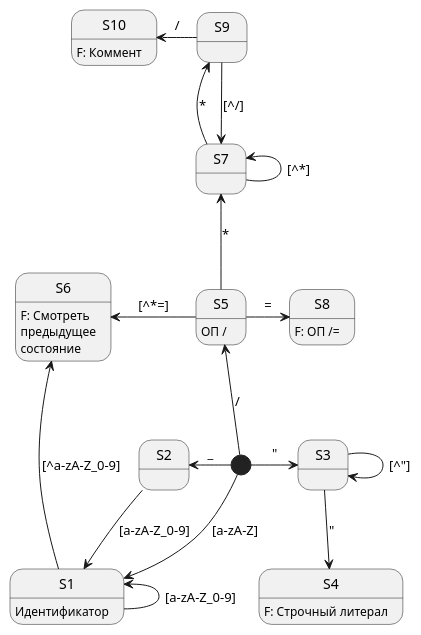
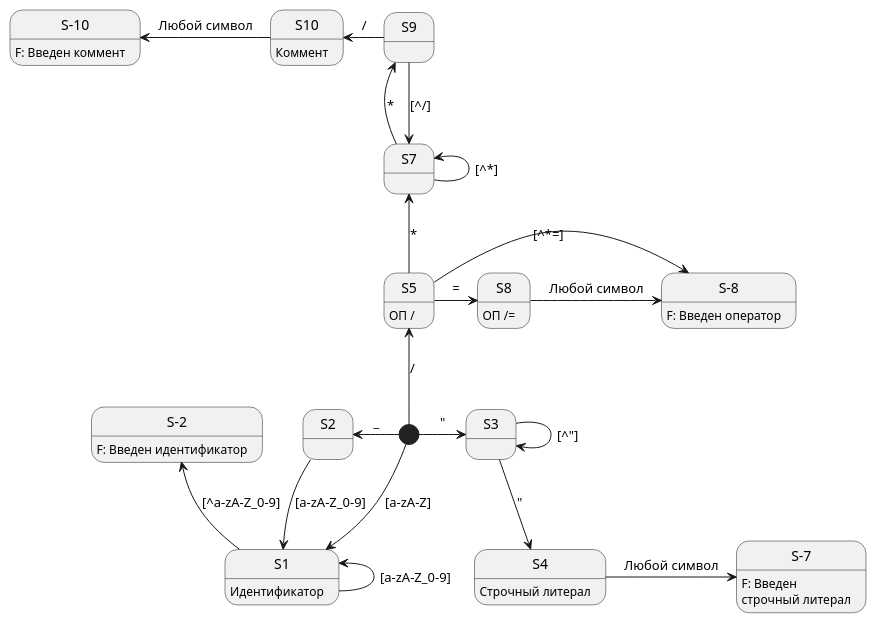
One commit to vladimirlll/CSharpLexicalAnalyzer changed the diagram in Диаграмма состояния для ЛА/sd.puml. Above: the diagram before and after it, drawn with PlantUML. The commit also changed 12 other files, not shown here.

```diff
--- a/Диаграмма состояния для ЛА/sd.puml
+++ b/Диаграмма состояния для ЛА/sd.puml
@@ -1,31 +1,42 @@
 @startuml "sd1"
+
+state "S-2" as Identifier
+state "S-7" as StringLiteral
+state "S-8" as Operator
+state "S-10" as Comment
+Identifier : F: Введен идентификатор
+StringLiteral : F: Введен\nстрочный литерал
+Operator : F: Введен оператор
+Comment : F: Введен коммент
 
 [*] -down-> S1 : [a-zA-Z]
 [*] -left-> S2 : _
 S2 -down-> S1 : [a-zA-Z_0-9]
 S1 -left-> S1 : [a-zA-Z_0-9]
-S1 -left-> S6 : [^a-zA-Z_0-9]
+S1 -up-> Identifier : [^a-zA-Z_0-9]
 S1 : Идентификатор
-S6 : F: Смотреть\nпредыдущее\nсостояние
 
 [*] -right-> S3 : "
 S3 -right-> S3 : [^"]
 S3 -down-> S4 : "
-S4 : F: Строчный литерал
+S4 -right-> StringLiteral : Любой символ
+S4 : Строчный литерал
 
 [*] -up-> S5 : /
 S5 -up-> S7 : *
 S5 : ОП /
-S5 -left-> S6 : [^*=]
+S5 -right-> Operator : [^*=]
 S5 -right-> S8 : =
 
-S8 : F: ОП /=
+S8 -right-> Operator : Любой символ
+S8 : ОП /=
 
 S7 -up-> S7 : [^*]
 S7 -up-> S9 : *
 S9 -down-> S7 : [^/]
 S9 -left-> S10 : /
-S10 : F: Коммент
+S10 : Коммент
+S10 -left-> Comment : Любой символ
 
 
 @enduml
```
